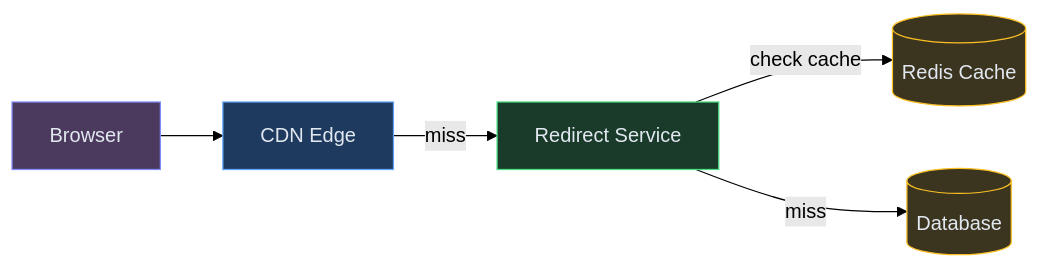
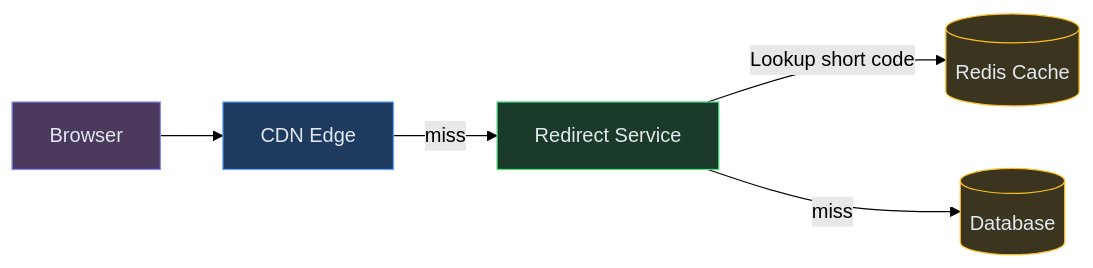
Before and after one commit to iluzn/HLD-Designs: the sixth of 11 diagrams in content/hld/URLShortner.md, drawn with Mermaid (forest theme). The commit also changed other lines of this file and 27 other files, not shown here.

````diff
--- a/content/hld/URLShortner.md
+++ b/content/hld/URLShortner.md
@@ -383,18 +383,18 @@
 ```mermaid
 flowchart LR
     USER["Browser"]:::client
     CDN["CDN Edge"]:::edge
     RS["Redirect Service"]:::service
     REDIS[("Redis Cache")]:::data
     DB[("Database")]:::data
 
     USER --> CDN
     CDN -->|"miss"| RS
-    RS -->|"check cache"| REDIS
+    RS -->|"Lookup short code"| REDIS
     RS -->|"miss"| DB
 
     classDef client fill:#4c3a5e,stroke:#818cf8,color:#e2e8f0
     classDef edge fill:#1e3a5f,stroke:#60a5fa,color:#e2e8f0
     classDef service fill:#1a3a2a,stroke:#4ade80,color:#e2e8f0
     classDef data fill:#3b3520,stroke:#fbbf24,color:#e2e8f0
 ```
````
